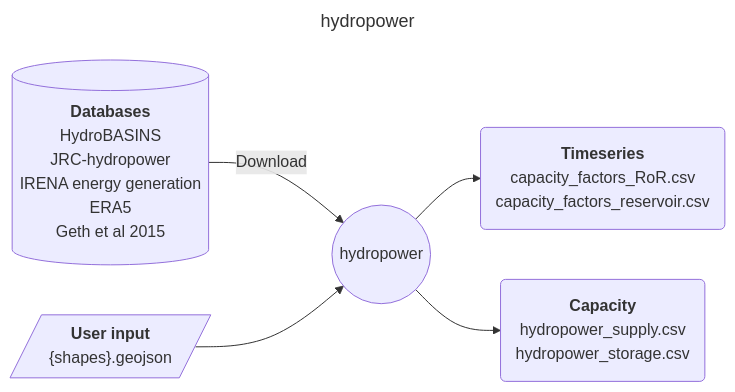
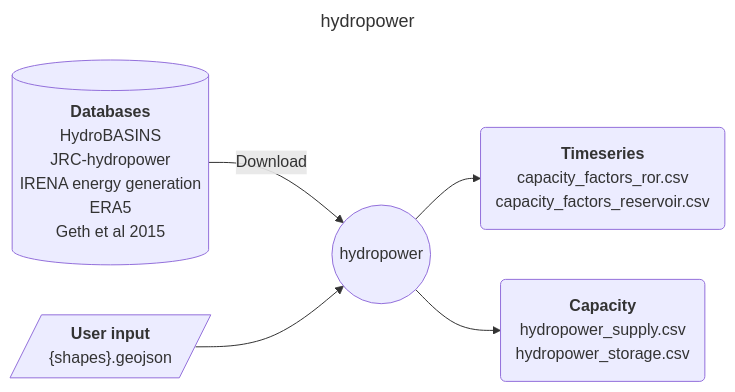
The diagram in modules/hydropower/README.md (calliope-project/ec_modules), drawn with Mermaid before and after one commit. The commit also changed other lines of this file and 4 other files, not shown here.

````diff
--- a/modules/hydropower/README.md
+++ b/modules/hydropower/README.md
@@ -9,24 +9,24 @@
 ```mermaid
 ---
 title: hydropower
 ---
 flowchart LR
     D1[("`**Databases**
         HydroBASINS
         JRC-hydropower
         IRENA energy generation
         ERA5
         Geth et al 2015
     `")] --> |Download| M
     C1[/"`**User input**
         {shapes}.geojson
     `"/] --> M((hydropower))
     M --> O1("`**Timeseries**
-        capacity_factors_RoR.csv
+        capacity_factors_ror.csv
         capacity_factors_reservoir.csv
         `")
     M --> O2("`**Capacity**
         hydropower_supply.csv
         hydropower_storage.csv
         `")
 ```
````
